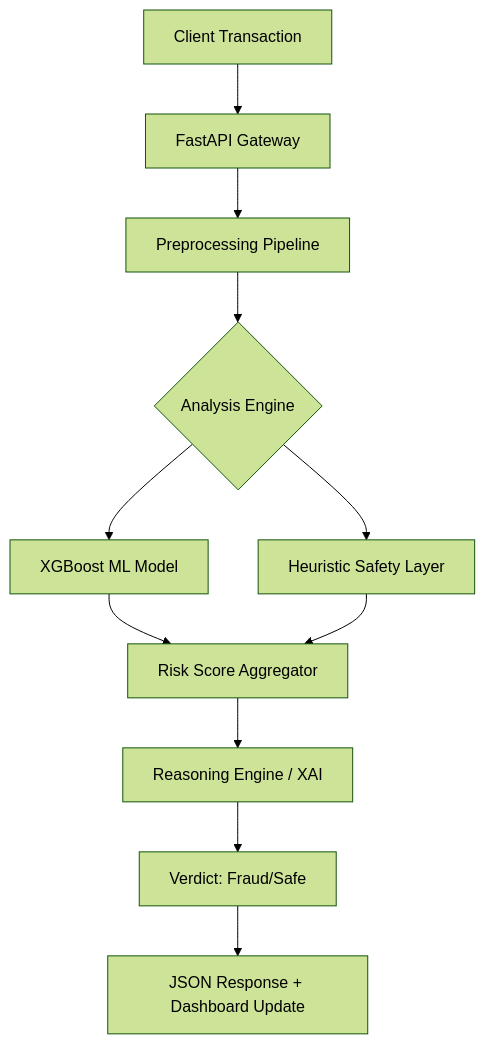
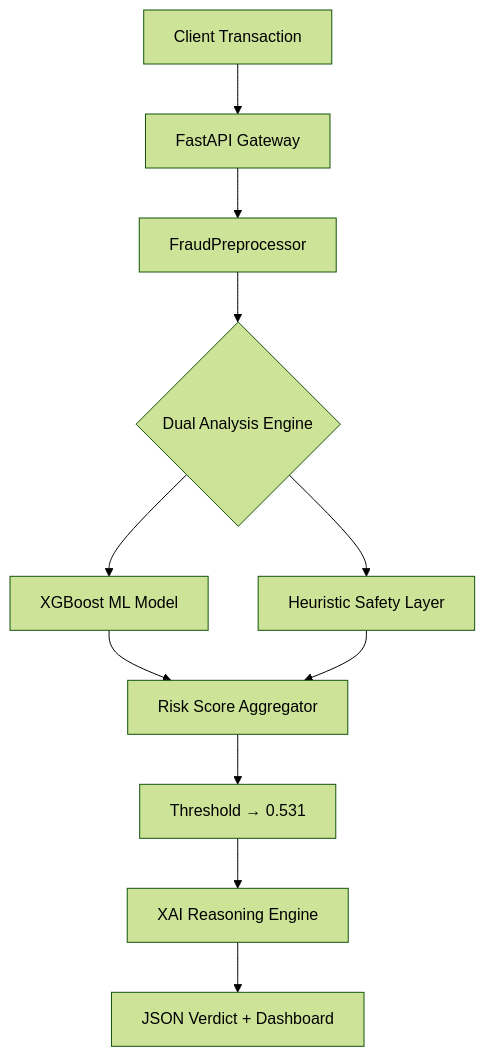
One commit to utkarsh-aix/transaction-fraud-detection changed the diagram in README.md. Above: the diagram before and after it, drawn with Mermaid (forest theme). The commit also changed other lines of this file, not shown here.

Commit message:
Docs: Full rewrite of README — complete end-to-end ML pipeline documentation

````diff
--- a/README.md
+++ b/README.md
@@ -33,13 +141,13 @@
 ```mermaid
 graph TD
     A[Client Transaction] --> B[FastAPI Gateway]
-    B --> C[Preprocessing Pipeline]
-    C --> D{Analysis Engine}
+    B --> C[FraudPreprocessor]
+    C --> D{Dual Analysis Engine}
     D --> E[XGBoost ML Model]
     D --> F[Heuristic Safety Layer]
     E --> G[Risk Score Aggregator]
     F --> G
-    G --> H[Reasoning Engine / XAI]
-    H --> I[Verdict: Fraud/Safe]
-    I --> J[JSON Response + Dashboard Update]
+    G --> H[Threshold → 0.531]
+    H --> I[XAI Reasoning Engine]
+    I --> J[JSON Verdict + Dashboard]
 ```
````
